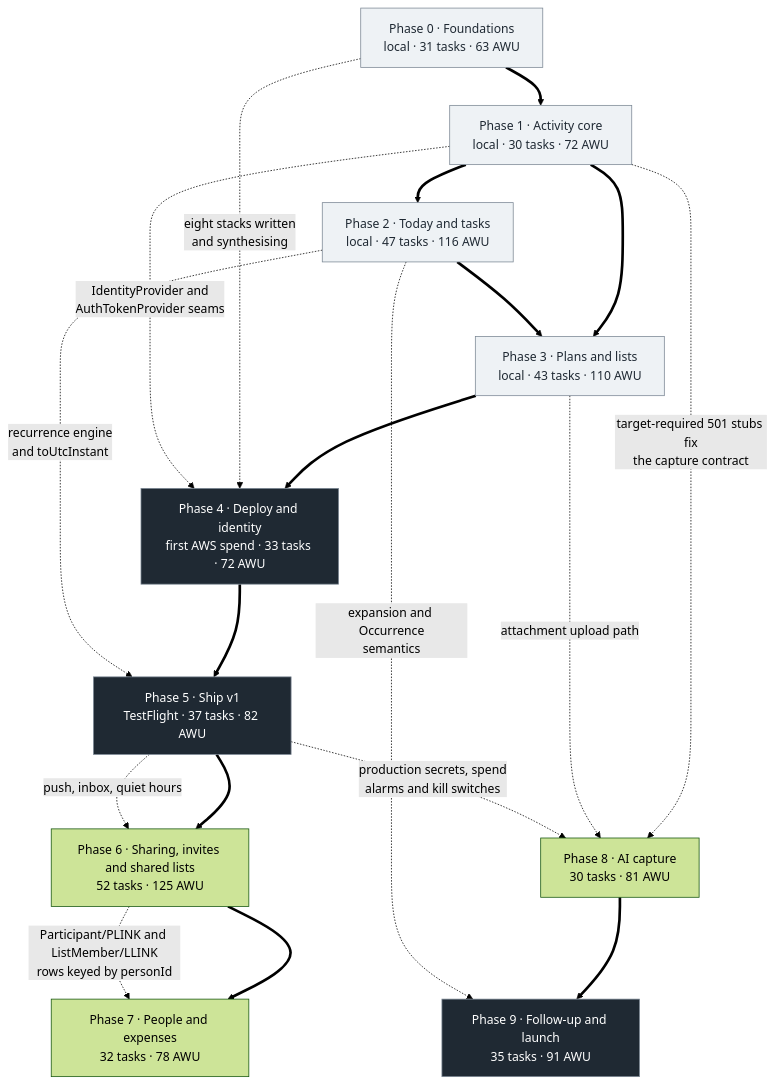
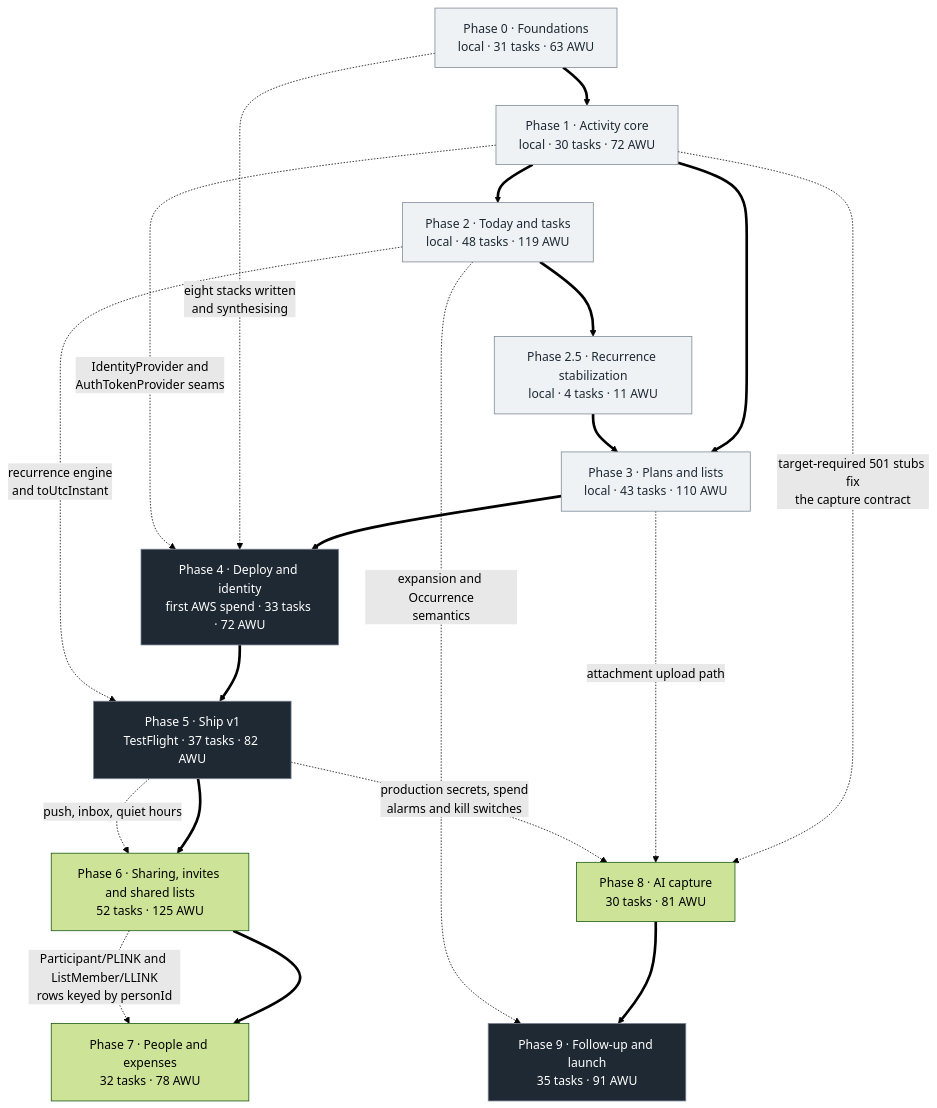
The diagram in docs/03-implementation/roadmap.md (malikujjwal/ordinarydays), drawn with Mermaid (forest theme) before and after one commit. The commit also changed other lines of this file and 75 other files, not shown here.

````diff
--- a/docs/03-implementation/roadmap.md
+++ b/docs/03-implementation/roadmap.md
@@ -243,38 +255,40 @@
 ```mermaid
 graph TD
     P0["Phase 0 · Foundations<br/>local · 31 tasks · 63 AWU"]
     P1["Phase 1 · Activity core<br/>local · 30 tasks · 72 AWU"]
-    P2["Phase 2 · Today and tasks<br/>local · 47 tasks · 116 AWU"]
+    P2["Phase 2 · Today and tasks<br/>local · 48 tasks · 119 AWU"]
+    P25["Phase 2.5 · Recurrence stabilization<br/>local · 4 tasks · 11 AWU"]
     P3["Phase 3 · Plans and lists<br/>local · 43 tasks · 110 AWU"]
     P4["Phase 4 · Deploy and identity<br/>first AWS spend · 33 tasks · 72 AWU"]
     P5["Phase 5 · Ship v1<br/>TestFlight · 37 tasks · 82 AWU"]
     P6["Phase 6 · Sharing, invites and shared lists<br/>52 tasks · 125 AWU"]
     P7["Phase 7 · People and expenses<br/>32 tasks · 78 AWU"]
     P8["Phase 8 · AI capture<br/>30 tasks · 81 AWU"]
     P9["Phase 9 · Follow-up and launch<br/>35 tasks · 91 AWU"]
 
     P0 ==> P1
     P1 ==> P2
     P1 ==> P3
-    P2 ==> P3
+    P2 ==> P25
+    P25 ==> P3
     P3 ==> P4
     P4 ==> P5
     P5 ==> P6
     P6 ==> P7
     P8 ==> P9
 
     P0 -. "eight stacks written<br/>and synthesising" .-> P4
     P1 -. "IdentityProvider and<br/>AuthTokenProvider seams" .-> P4
     P1 -. "target-required 501 stubs fix<br/>the capture contract" .-> P8
     P2 -. "recurrence engine<br/>and toUtcInstant" .-> P5
     P2 -. "expansion and Occurrence<br/>semantics" .-> P9
     P3 -. "attachment upload path" .-> P8
     P5 -. "production secrets, spend<br/>alarms and kill switches" .-> P8
     P5 -. "push, inbox, quiet hours" .-> P6
     P6 -. "Participant/PLINK and ListMember/LLINK<br/>rows keyed by personId" .-> P7
 
     classDef local fill:#eef2f5,stroke:#7b8794,color:#1f2933
     classDef ship fill:#1f2933,stroke:#7b8794,color:#ffffff
-    class P0,P1,P2,P3 local
+    class P0,P1,P2,P25,P3 local
     class P4,P5,P9 ship
 ```
````
